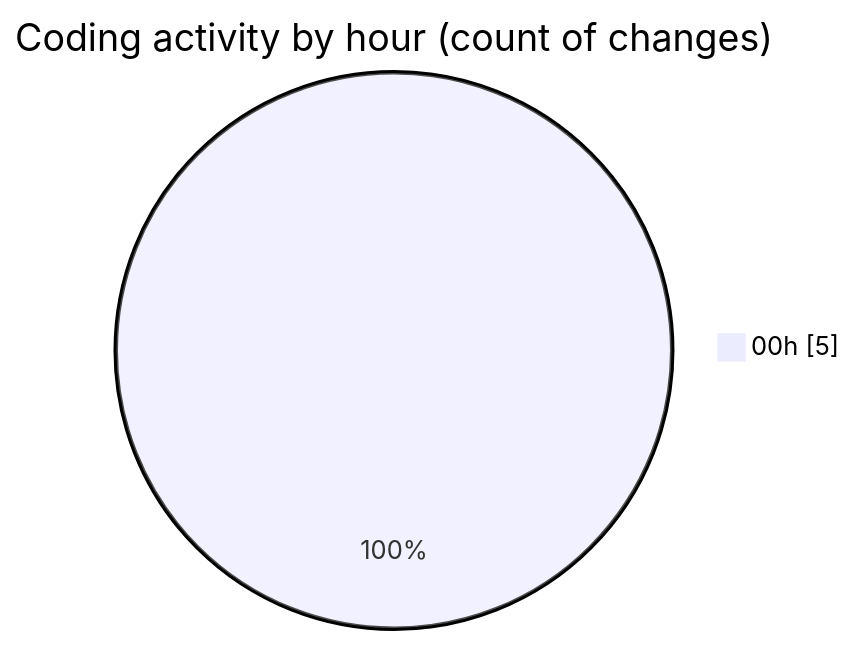
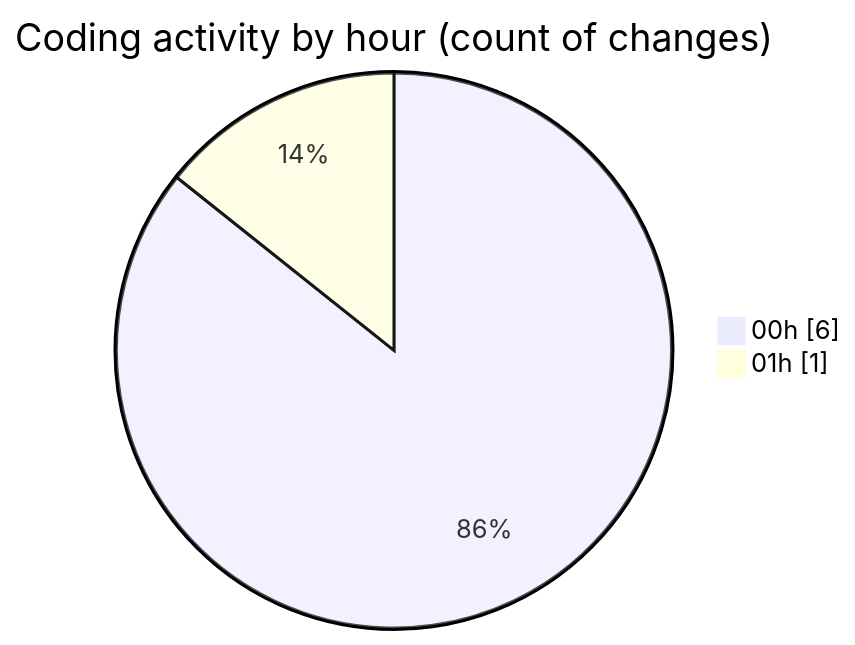
One commit to JenPaints/code-tracking changed the second of 2 diagrams in 2025-06-22/archive/README.md. Above: the diagram before and after it, drawn with Mermaid. The commit also changed other lines of this file and 1 other file, not shown here.

````diff
--- a/2025-06-22/archive/README.md
+++ b/2025-06-22/archive/README.md
@@ -32,5 +33,6 @@
 ```mermaid
 pie showData
 title Coding activity by hour (count of changes)
-"00h" : 5
+"00h" : 6
+"01h" : 1
 ```
````
